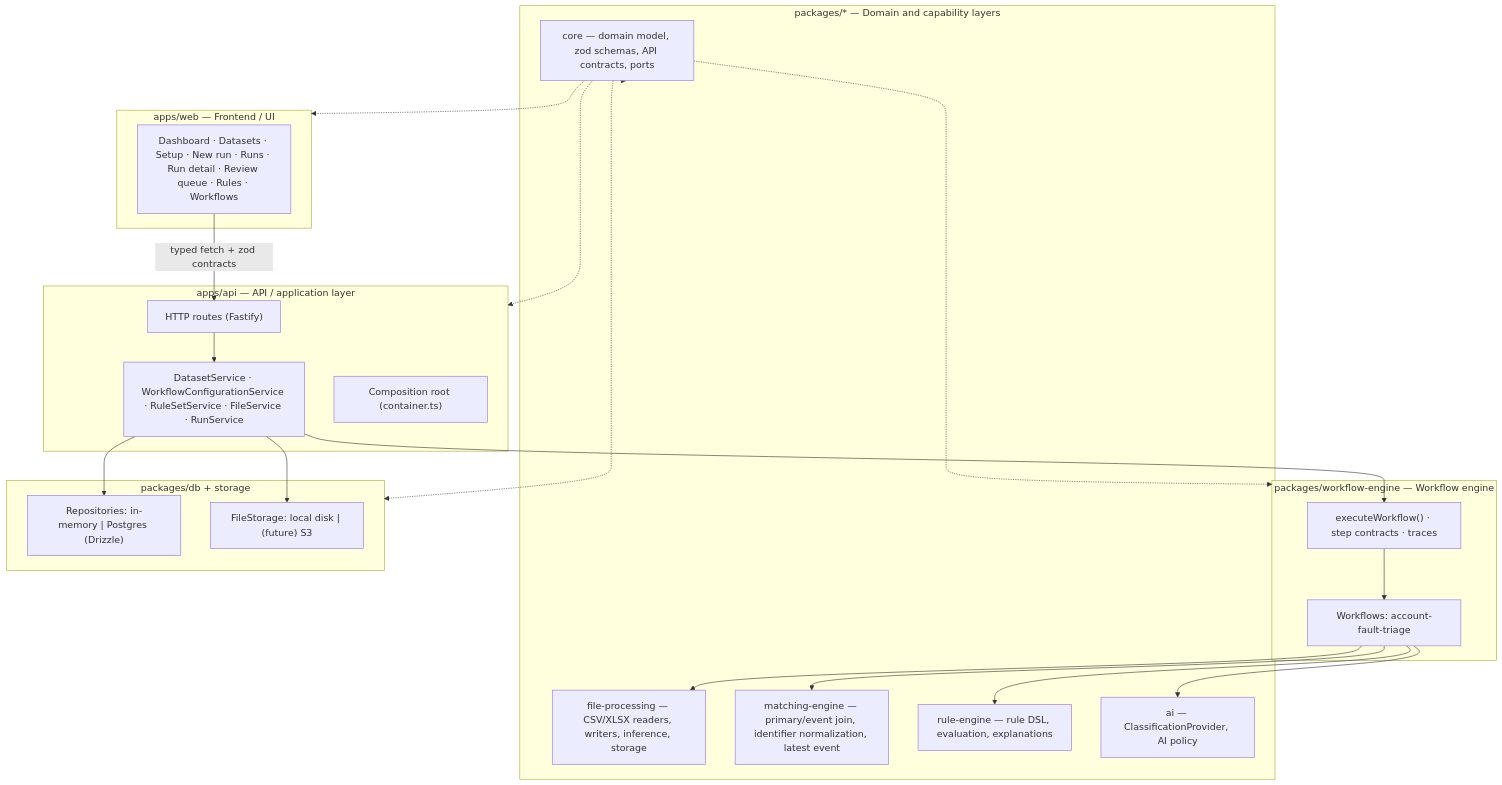
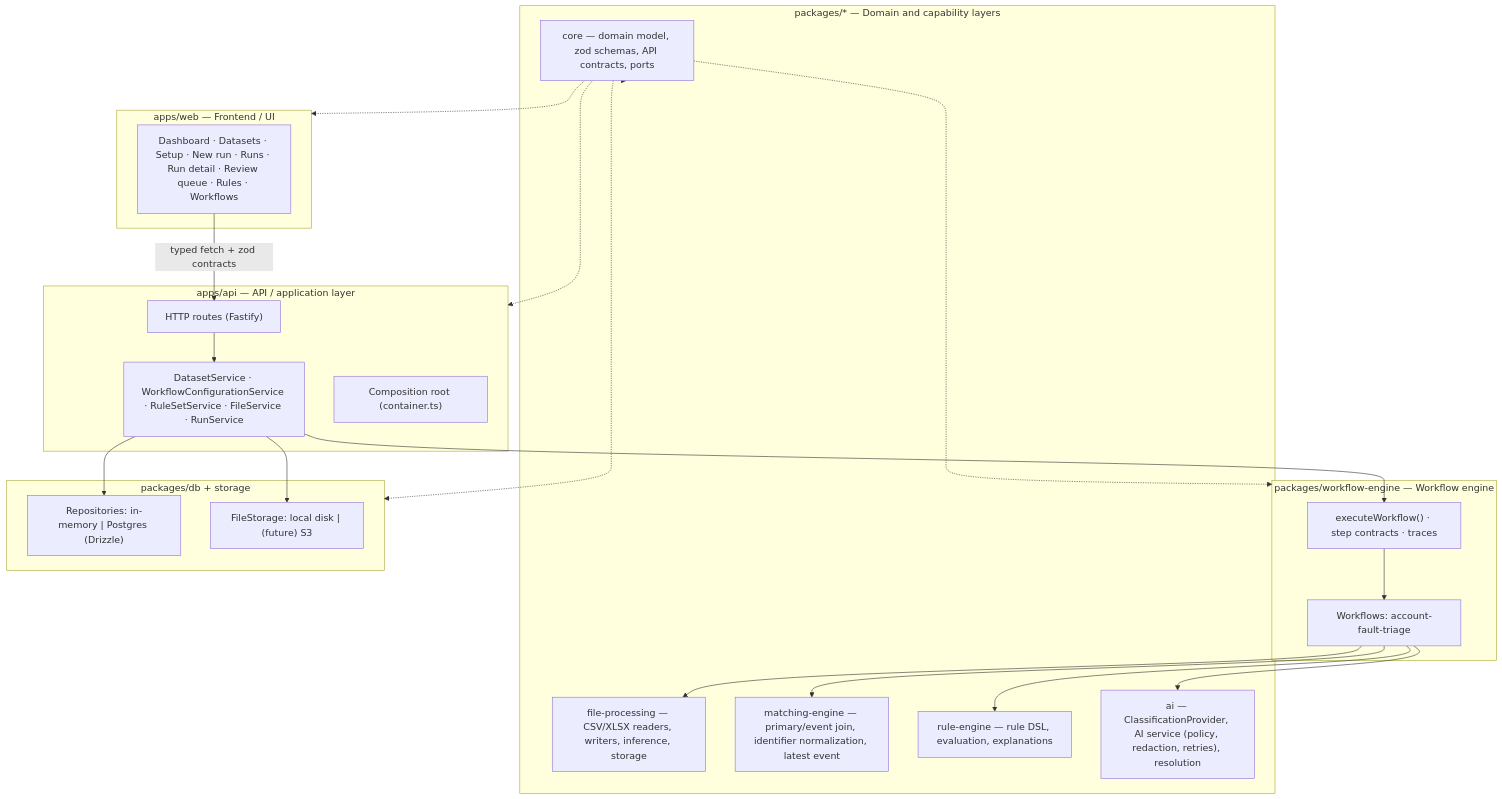
The diagram in docs/architecture.md (JustABeing00/Sheetpilot), drawn with Mermaid before and after one commit. The commit also changed other lines of this file and 40 other files, not shown here.

````diff
--- a/docs/architecture.md
+++ b/docs/architecture.md
@@ -14,46 +14,46 @@
 ```mermaid
 flowchart TB
   subgraph UI["apps/web — Frontend / UI"]
     pages["Dashboard · Datasets · Setup · New run · Runs · Run detail · Review queue · Rules · Workflows"]
   end
 
   subgraph API["apps/api — API / application layer"]
     routes["HTTP routes (Fastify)"]
     services["DatasetService · WorkflowConfigurationService · RuleSetService · FileService · RunService"]
     container["Composition root (container.ts)"]
   end
 
   subgraph ENGINE["packages/workflow-engine — Workflow engine"]
     runner["executeWorkflow() · step contracts · traces"]
     wf["Workflows: account-fault-triage"]
   end
 
   subgraph DOMAIN["packages/* — Domain and capability layers"]
     core["core — domain model, zod schemas, API contracts, ports"]
     files["file-processing — CSV/XLSX readers, writers, inference, storage"]
     match["matching-engine — primary/event join, identifier normalization, latest event"]
     rules["rule-engine — rule DSL, evaluation, explanations"]
-    ai["ai — ClassificationProvider, AI policy"]
+    ai["ai — ClassificationProvider, AI service (policy, redaction, retries), resolution"]
   end
 
   subgraph DATA["packages/db + storage"]
     repos["Repositories: in-memory | Postgres (Drizzle)"]
     store["FileStorage: local disk | (future) S3"]
   end
 
   pages -->|"typed fetch + zod contracts"| routes
   routes --> services
   services --> runner
   runner --> wf
   wf --> files
   wf --> match
   wf --> rules
   wf --> ai
   services --> repos
   services --> store
   core -.-> UI
   core -.-> API
   core -.-> ENGINE
   core -.-> DOMAIN
   core -.-> DATA
 ```
````
